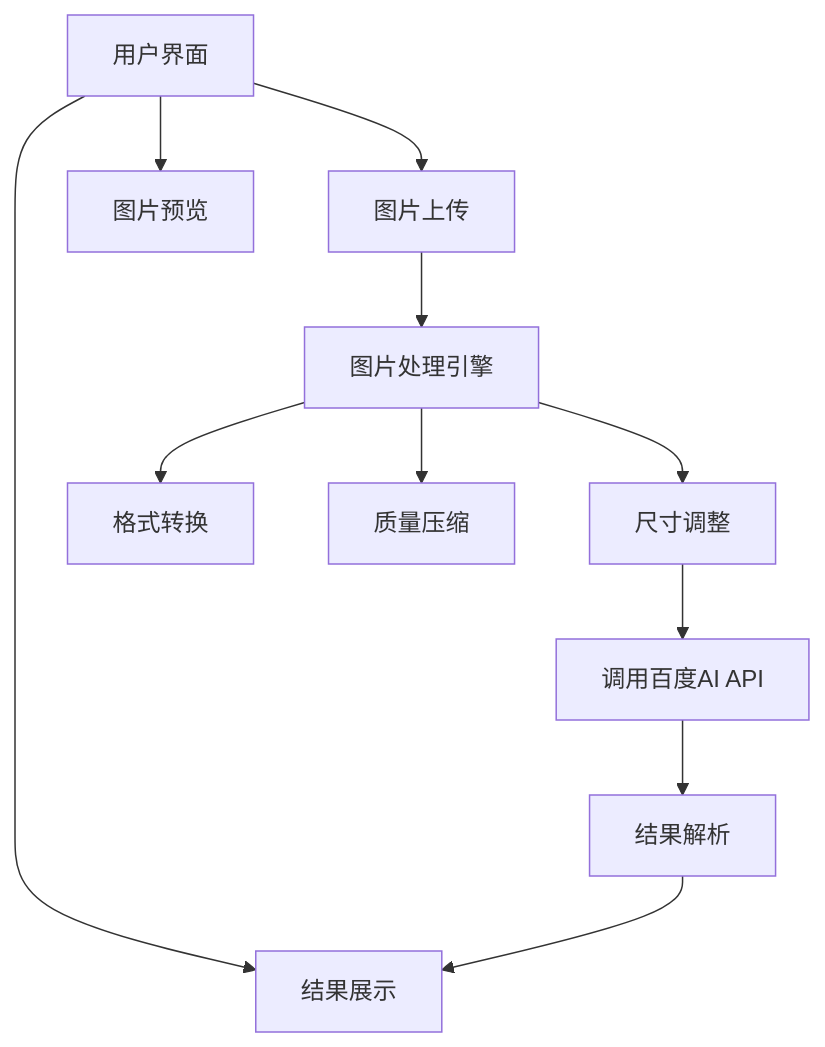
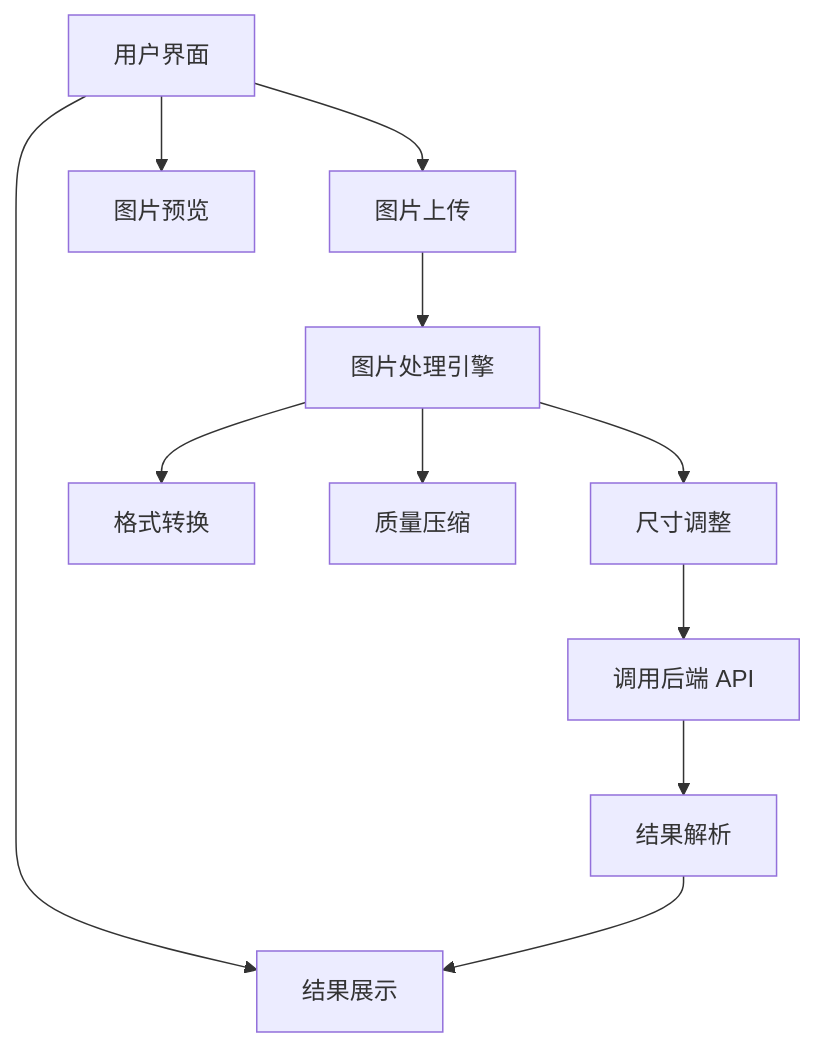
Before and after one commit to zarty7/CAL_: the diagram in README.md, drawn with Mermaid. The commit also changed other lines of this file and 7 other files, not shown here.

````diff
--- a/README.md
+++ b/README.md
@@ -17,13 +17,13 @@
    ```mermaid
    graph TD
    A[用户界面] --> B[图片上传]
    A --> C[图片预览]
    A --> D[结果展示]
    B --> E[图片处理引擎]
    E --> F[尺寸调整]
    E --> G[格式转换]
    E --> H[质量压缩]
-   F --> I[调用百度AI API]
+   F --> I[调用后端 API]
    I --> J[结果解析]
    J --> D
    ```
````
